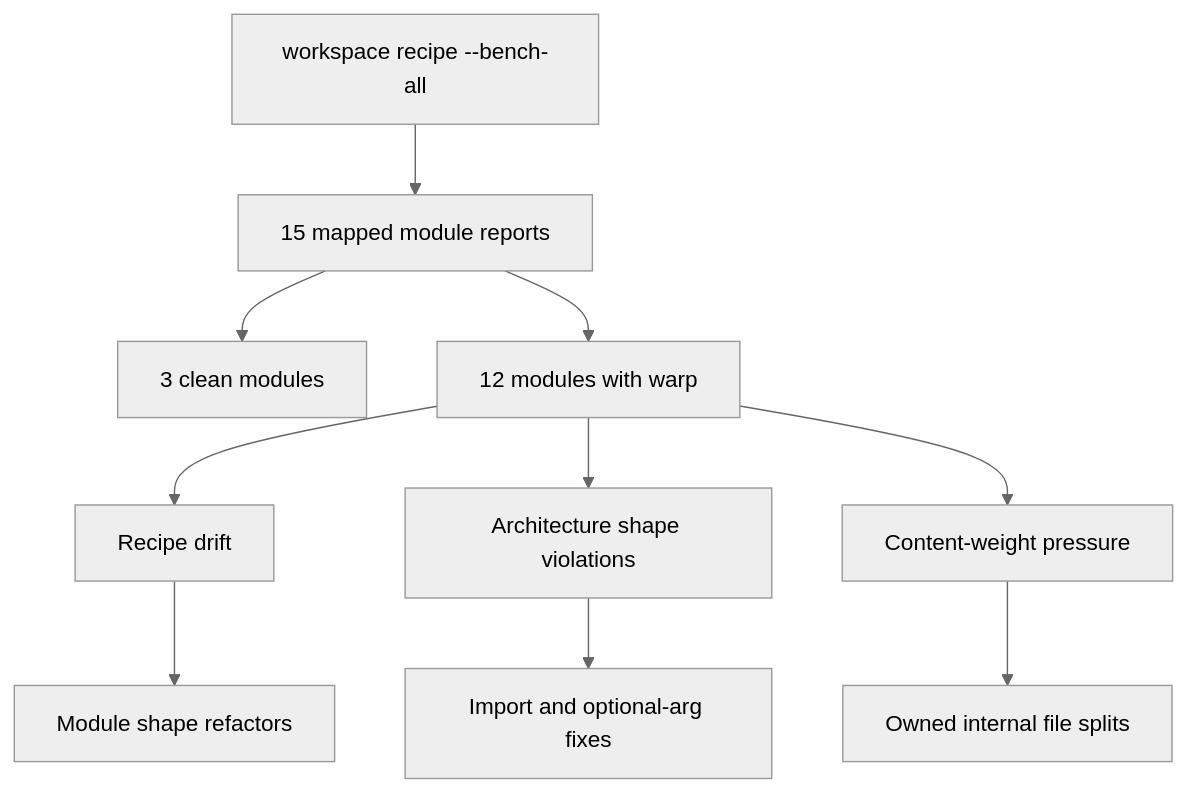
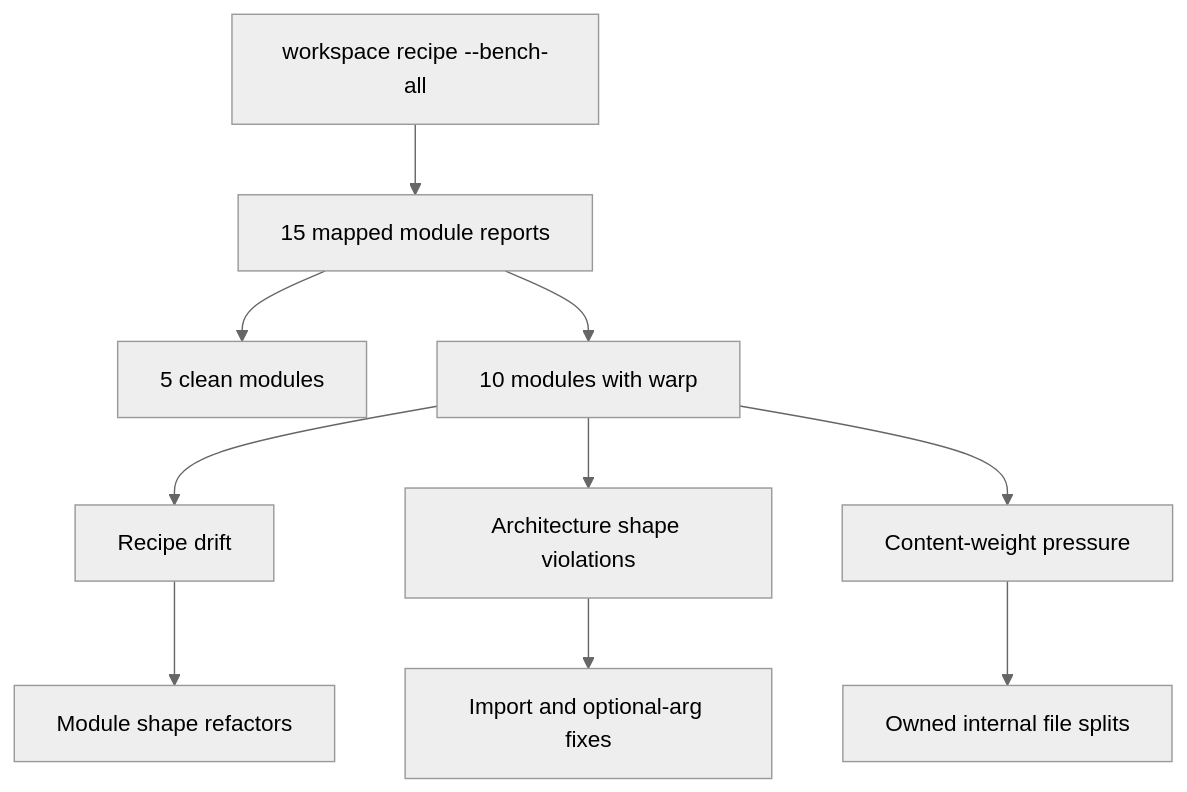
Before and after one commit to 9orky/enclosure: the first of 2 diagrams in .enclosure/plans/module-recipe-consistency/PLAN_STEP_06.md, drawn with Mermaid (neutral theme). The commit also changed other lines of this file and 1 other file, not shown here.

````diff
--- a/.enclosure/plans/module-recipe-consistency/PLAN_STEP_06.md
+++ b/.enclosure/plans/module-recipe-consistency/PLAN_STEP_06.md
@@ -71,12 +71,12 @@
 ```mermaid
 flowchart TD
     BenchAll["workspace recipe --bench-all"] --> Reports["15 mapped module reports"]
-    Reports --> Clean["3 clean modules"]
-    Reports --> Warp["12 modules with warp"]
+    Reports --> Clean["5 clean modules"]
+    Reports --> Warp["10 modules with warp"]
     Warp --> Drift["Recipe drift"]
     Warp --> Shape["Architecture shape violations"]
     Warp --> Weight["Content-weight pressure"]
     Drift --> Refactor["Module shape refactors"]
     Shape --> Fixes["Import and optional-arg fixes"]
     Weight --> Split["Owned internal file splits"]
 ```
````
